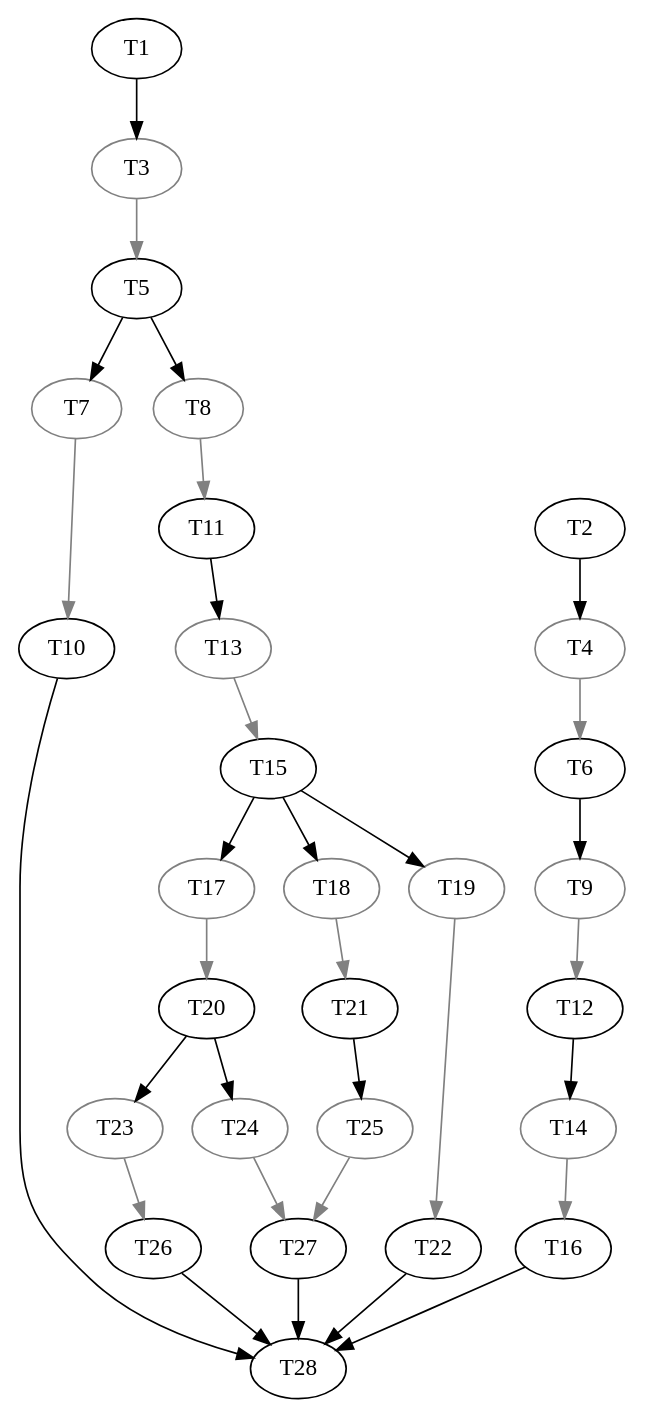
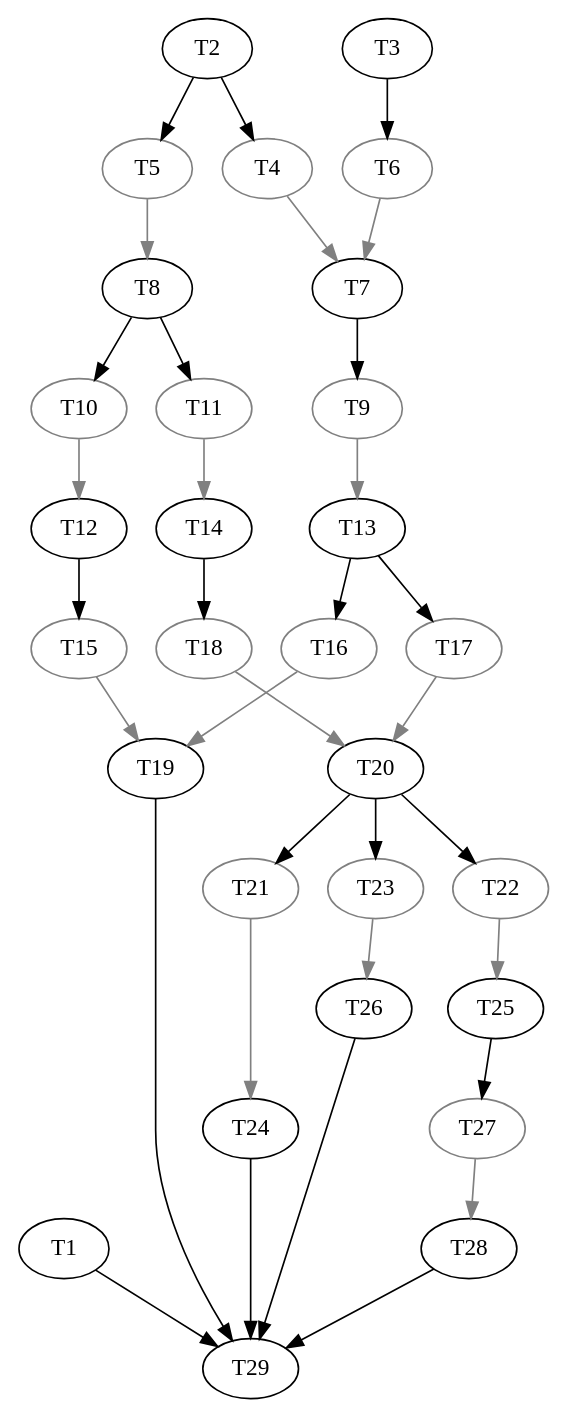
The diagram in Cody/dagGraph.dot (TrystanKaes/CSCI5573Final), drawn with Graphviz before and after one commit. The commit also changed 3 other files, not shown here.

```diff
--- a/Cody/dagGraph.dot
+++ b/Cody/dagGraph.dot
@@ -1,61 +1,64 @@
 digraph DAG_Schedule {
-  T1 [size="125", overhead="0.08", color="black"]
-  T1 -> T3 [size="125", color="black"]
-  T2 [size="232", overhead="0.06", color="black"]
-  T2 -> T4 [size="232", color="black"]
-  T3 [size="0", overhead="0.1", color="grey"]
-  T3 -> T5 [size="0", color="grey"]
-  T4 [size="0", overhead="0.1", color="grey"]
-  T4 -> T6 [size="0", color="grey"]
-  T5 [size="69", overhead="0.03", color="black"]
-  T5 -> T7 [size="69", color="black"]
-  T5 -> T8 [size="69", color="black"]
-  T6 [size="290", overhead="0.01", color="black"]
-  T6 -> T9 [size="290", color="black"]
-  T7 [size="0", overhead="0.1", color="grey"]
-  T7 -> T10 [size="0", color="grey"]
-  T8 [size="0", overhead="0.1", color="grey"]
-  T8 -> T11 [size="0", color="grey"]
-  T9 [size="0", overhead="0.1", color="grey"]
-  T9 -> T12 [size="0", color="grey"]
-  T10 [size="0", overhead="0.06", color="black"]
-  T10 -> T28 [size="0", color="black"]
-  T11 [size="134", overhead="0.19", color="black"]
-  T11 -> T13 [size="134", color="black"]
-  T12 [size="9", overhead="0.13", color="black"]
-  T12 -> T14 [size="9", color="black"]
-  T13 [size="0", overhead="0.1", color="grey"]
-  T13 -> T15 [size="0", color="grey"]
-  T14 [size="0", overhead="0.1", color="grey"]
-  T14 -> T16 [size="0", color="grey"]
-  T15 [size="103", overhead="0.18", color="black"]
-  T15 -> T17 [size="103", color="black"]
-  T15 -> T18 [size="103", color="black"]
-  T15 -> T19 [size="103", color="black"]
-  T16 [size="101", overhead="0.1", color="black"]
-  T16 -> T28 [size="101", color="black"]
-  T17 [size="0", overhead="0.1", color="grey"]
-  T17 -> T20 [size="0", color="grey"]
-  T18 [size="0", overhead="0.1", color="grey"]
-  T18 -> T21 [size="0", color="grey"]
-  T19 [size="0", overhead="0.1", color="grey"]
-  T19 -> T22 [size="0", color="grey"]
-  T20 [size="368", overhead="0.12", color="black"]
-  T20 -> T23 [size="368", color="black"]
-  T20 -> T24 [size="368", color="black"]
-  T21 [size="12", overhead="0.14", color="black"]
-  T21 -> T25 [size="12", color="black"]
-  T22 [size="8", overhead="0.11", color="black"]
-  T22 -> T28 [size="8", color="black"]
-  T23 [size="0", overhead="0.1", color="grey"]
-  T23 -> T26 [size="0", color="grey"]
-  T24 [size="0", overhead="0.1", color="grey"]
-  T24 -> T27 [size="0", color="grey"]
-  T25 [size="0", overhead="0.1", color="grey"]
-  T25 -> T27 [size="0", color="grey"]
-  T26 [size="1", overhead="0.05", color="black"]
-  T26 -> T28 [size="1", color="black"]
-  T27 [size="368", overhead="0.1", color="black"]
-  T27 -> T28 [size="368", color="black"]
-  T28 [size="0", overhead="0.1", color="black"]
+  T1 [size="2", overhead="0.12", color="black"]
+  T1 -> T29 [size="2", color="black"]
+  T2 [size="10", overhead="0.14", color="black"]
+  T2 -> T4 [size="10", color="black"]
+  T2 -> T5 [size="10", color="black"]
+  T3 [size="2", overhead="0.07", color="black"]
+  T3 -> T6 [size="2", color="black"]
+  T4 [size="1", overhead="0.0", color="grey"]
+  T4 -> T7 [size="1", color="grey"]
+  T5 [size="1", overhead="0.0", color="grey"]
+  T5 -> T8 [size="1", color="grey"]
+  T6 [size="1", overhead="0.0", color="grey"]
+  T6 -> T7 [size="1", color="grey"]
+  T7 [size="783", overhead="0.18", color="black"]
+  T7 -> T9 [size="783", color="black"]
+  T8 [size="3", overhead="0.1", color="black"]
+  T8 -> T10 [size="3", color="black"]
+  T8 -> T11 [size="3", color="black"]
+  T9 [size="1", overhead="0.0", color="grey"]
+  T9 -> T13 [size="1", color="grey"]
+  T10 [size="1", overhead="0.0", color="grey"]
+  T10 -> T12 [size="1", color="grey"]
+  T11 [size="1", overhead="0.0", color="grey"]
+  T11 -> T14 [size="1", color="grey"]
+  T12 [size="232", overhead="0.12", color="black"]
+  T12 -> T15 [size="232", color="black"]
+  T13 [size="8", overhead="0.07", color="black"]
+  T13 -> T16 [size="8", color="black"]
+  T13 -> T17 [size="8", color="black"]
+  T14 [size="29", overhead="0.19", color="black"]
+  T14 -> T18 [size="29", color="black"]
+  T15 [size="1", overhead="0.0", color="grey"]
+  T15 -> T19 [size="1", color="grey"]
+  T16 [size="1", overhead="0.0", color="grey"]
+  T16 -> T19 [size="1", color="grey"]
+  T17 [size="1", overhead="0.0", color="grey"]
+  T17 -> T20 [size="1", color="grey"]
+  T18 [size="1", overhead="0.0", color="grey"]
+  T18 -> T20 [size="1", color="grey"]
+  T19 [size="550", overhead="0.07", color="black"]
+  T19 -> T29 [size="550", color="black"]
+  T20 [size="355", overhead="0.17", color="black"]
+  T20 -> T21 [size="355", color="black"]
+  T20 -> T22 [size="355", color="black"]
+  T20 -> T23 [size="355", color="black"]
+  T21 [size="1", overhead="0.0", color="grey"]
+  T21 -> T24 [size="1", color="grey"]
+  T22 [size="1", overhead="0.0", color="grey"]
+  T22 -> T25 [size="1", color="grey"]
+  T23 [size="1", overhead="0.0", color="grey"]
+  T23 -> T26 [size="1", color="grey"]
+  T24 [size="523", overhead="0.13", color="black"]
+  T24 -> T29 [size="523", color="black"]
+  T25 [size="550", overhead="0.01", color="black"]
+  T25 -> T27 [size="550", color="black"]
+  T26 [size="13", overhead="0.03", color="black"]
+  T26 -> T29 [size="13", color="black"]
+  T27 [size="1", overhead="0.0", color="grey"]
+  T27 -> T28 [size="1", color="grey"]
+  T28 [size="1074", overhead="0.01", color="black"]
+  T28 -> T29 [size="1074", color="black"]
+  T29 [size="1", overhead="0.0", color="black"]
 }
```
